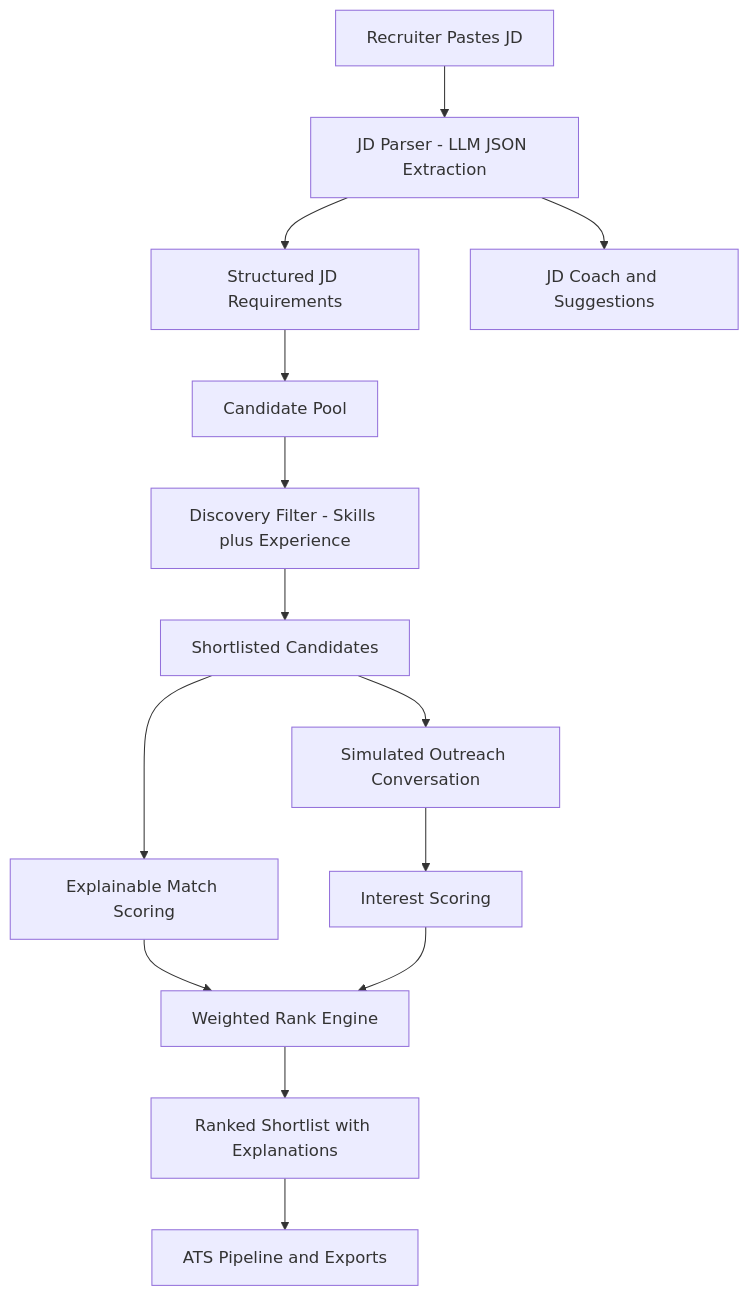
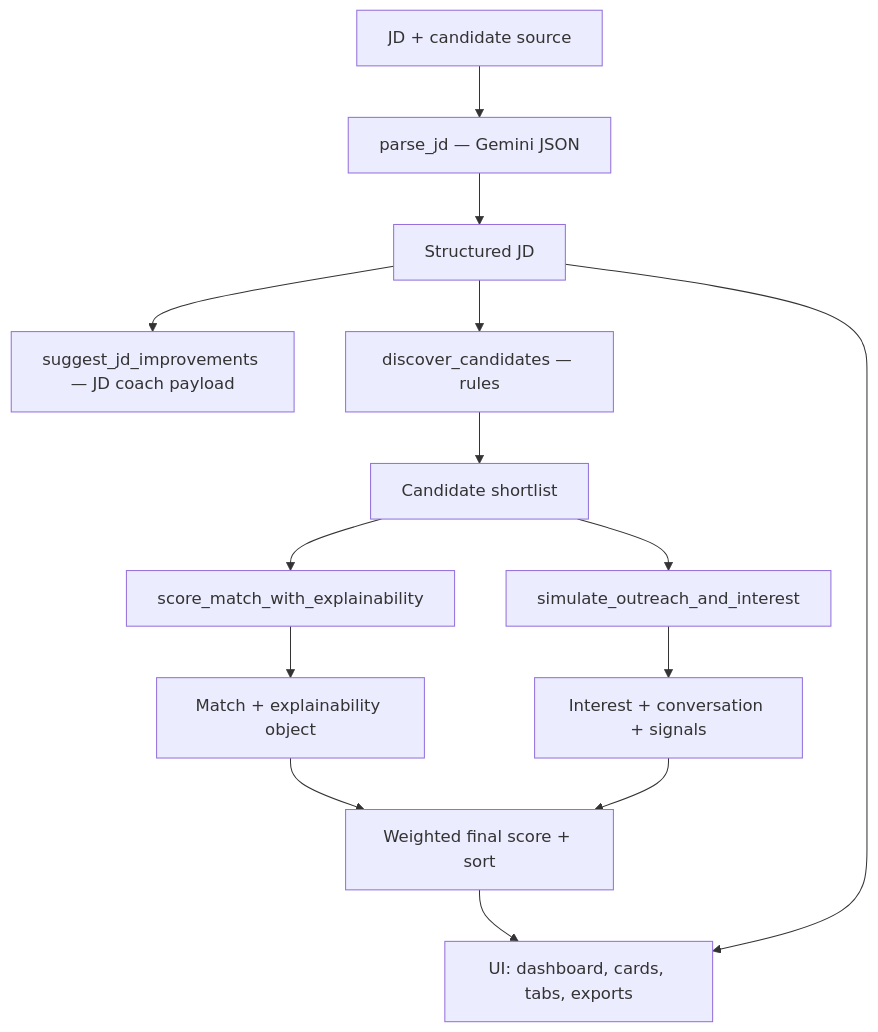
The second of 4 diagrams in README.md (nikithchowdaryachanta/ai-talent-scout), drawn with Mermaid before and after one commit. The commit also changed other lines of this file, not shown here.

Commit message:
docs: expand README with architecture diagrams and feature matrix

````diff
--- a/README.md
+++ b/README.md
@@ -54,16 +67,16 @@
 ```mermaid
 flowchart TD
-    A[Recruiter Pastes JD] --> B[JD Parser - LLM JSON Extraction]
-    B --> C[Structured JD Requirements]
-    C --> D[Candidate Pool]
-    D --> E[Discovery Filter - Skills plus Experience]
-    E --> F[Shortlisted Candidates]
-    F --> G[Explainable Match Scoring]
-    F --> H[Simulated Outreach Conversation]
-    H --> I[Interest Scoring]
-    G --> J[Weighted Rank Engine]
-    I --> J
-    J --> K[Ranked Shortlist with Explanations]
-    K --> L[ATS Pipeline and Exports]
-    B --> M[JD Coach and Suggestions]
+    A[JD + candidate source] --> B[parse_jd — Gemini JSON]
+    B --> C[Structured JD]
+    C --> D[suggest_jd_improvements — JD coach payload]
+    C --> E[discover_candidates — rules]
+    E --> F[Candidate shortlist]
+    F --> G[score_match_with_explainability]
+    F --> H[simulate_outreach_and_interest]
+    G --> I[Match + explainability object]
+    H --> J[Interest + conversation + signals]
+    I --> K[Weighted final score + sort]
+    J --> K
+    K --> L[UI: dashboard, cards, tabs, exports]
+    C --> L
 ```
````
